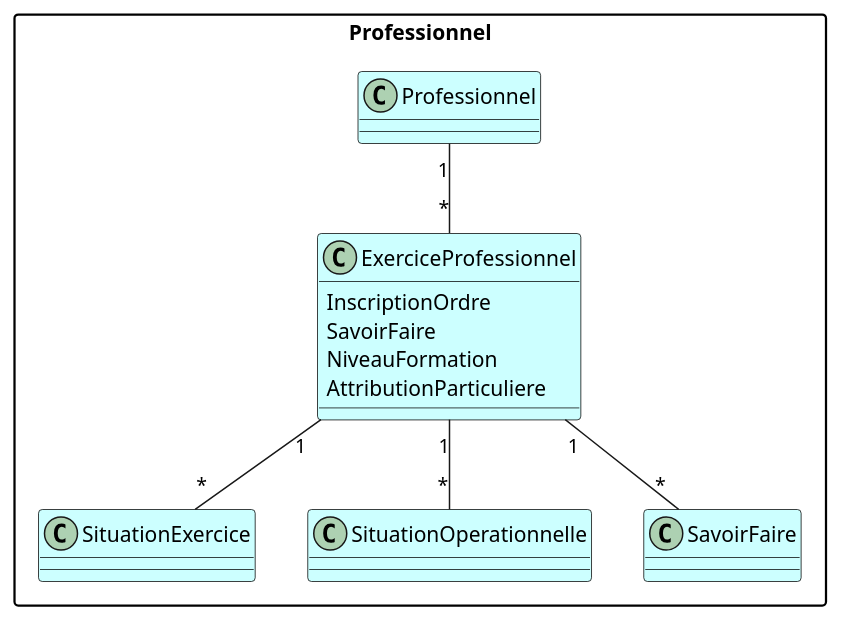
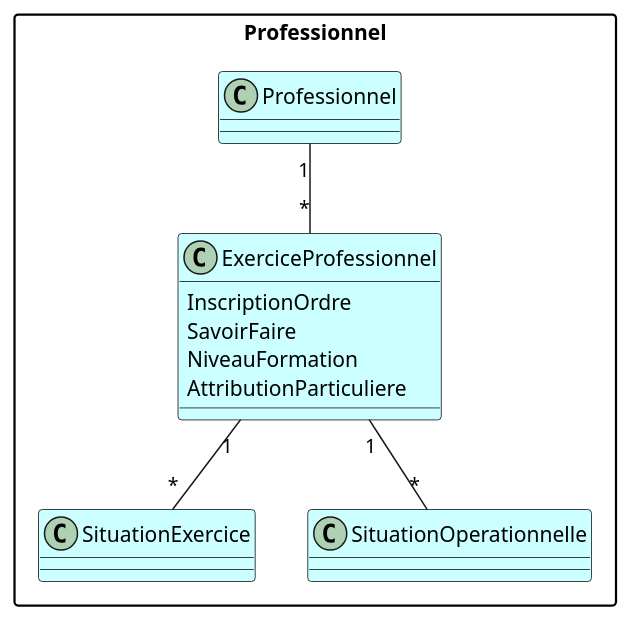
The diagram in input/images-source/professionnel-short.plantuml (ansforge/IG-modele-objets-sante), drawn with PlantUML before and after one commit.

```diff
--- a/input/images-source/professionnel-short.plantuml
+++ b/input/images-source/professionnel-short.plantuml
@@ -1,34 +1,33 @@
 @startuml
 'Schéma générique qui contient les classes et les attributs de type BackboneElement (décrits comme objet dans le MOS historique)'
 
 skinparam packageStyle rectangle
 skinparam backgroundColor #FFFFFF
 skinparam class {
     BackgroundColor #CCFFFF
     BorderColor black
 }
 
 package "Professionnel" {
     class Professionnel
     class ExerciceProfessionnel {
         InscriptionOrdre
         SavoirFaire
         NiveauFormation
         AttributionParticuliere
     }
     class SituationExercice 
     class SituationOperationnelle
 
     url of Professionnel is [[StructureDefinition-Professionnel.html]]
     url of ExerciceProfessionnel is [[StructureDefinition-ExerciceProfessionnel.html]]
     url of SituationExercice is [[StructureDefinition-SituationExercice.html]]
     url of SituationOperationnelle is [[StructureDefinition-SituationOperationnelle.html]]
 
     Professionnel "1" -- "*" ExerciceProfessionnel
     
     ExerciceProfessionnel "1" -- "*" SituationExercice
     ExerciceProfessionnel "1" -- "*" SituationOperationnelle
-    ExerciceProfessionnel "1" -- "*" SavoirFaire
 }
 
 @enduml
```
